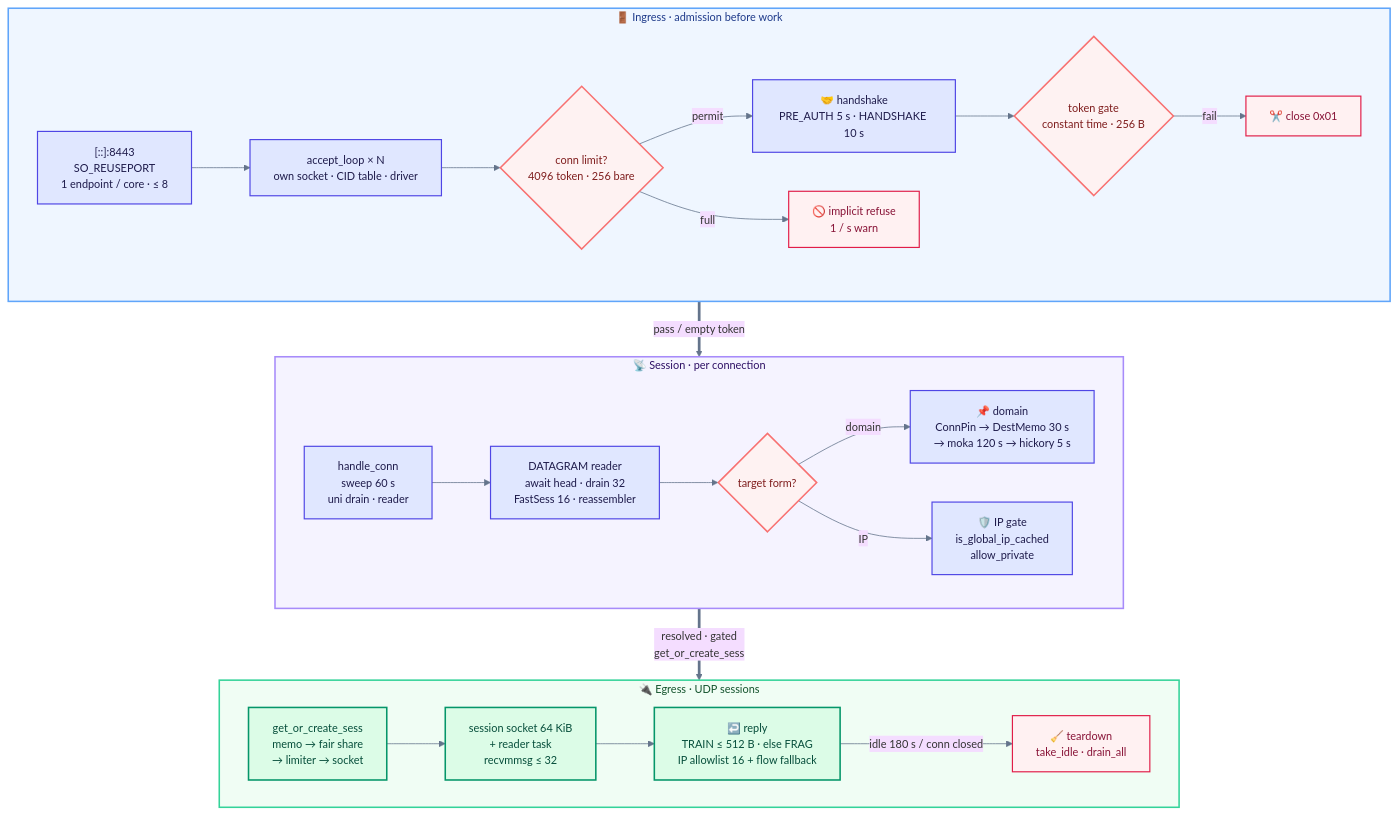
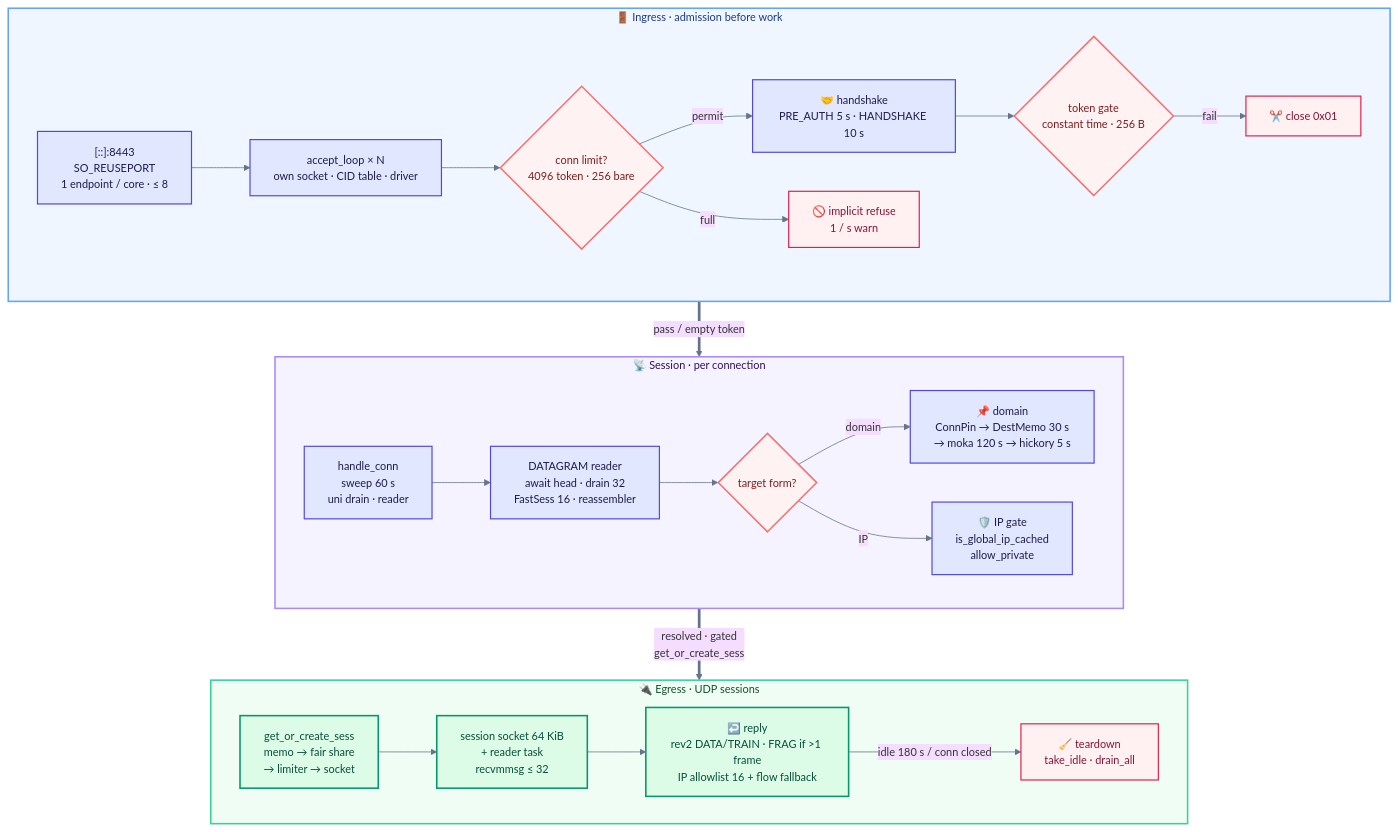
The seventh of 8 diagrams in README.md (Terutoki/MyQUIC2), drawn with Mermaid before and after one commit. The commit also changed other lines of this file and 37 other files, not shown here.

````diff
--- a/README.md
+++ b/README.md
@@ -345,52 +345,52 @@
 ```mermaid
 %%{init: {"theme":"base","themeVariables":{"fontSize":"14px","lineColor":"#64748b"}}}%%
 flowchart TB
     subgraph G1["🚪  Ingress · admission before work"]
         direction LR
         L["[::]:8443<br/>SO_REUSEPORT<br/>1 endpoint / core · ≤ 8"]
         A["accept_loop × N<br/>own socket · CID table · driver"]
         G{"conn limit?<br/>4096 token · 256 bare"}
         H["🤝 handshake<br/>PRE_AUTH 5 s · HANDSHAKE 10 s"]
         T{"token gate<br/>constant time · 256 B"}
         RF["🚫 implicit refuse<br/>1 / s warn"]
         C1["✂️ close 0x01"]
         L --> A --> G
         G -->|"permit"| H
         G -->|"full"| RF
         H --> T
         T -->|"fail"| C1
     end
     subgraph G2["📡  Session · per connection"]
         direction LR
         HC["handle_conn<br/>sweep 60 s<br/>uni drain · reader"]
         R["DATAGRAM reader<br/>await head · drain 32<br/>FastSess 16 · reassembler"]
         F{"target form?"}
         DN["📌 domain<br/>ConnPin → DestMemo 30 s<br/>→ moka 120 s → hickory 5 s"]
         SS["🛡️ IP gate<br/>is_global_ip_cached<br/>allow_private"]
         HC --> R --> F
         F -->|"domain"| DN
         F -->|"IP"| SS
     end
     subgraph G3["🔌  Egress · UDP sessions"]
         direction LR
         GS["get_or_create_sess<br/>memo → fair share<br/>→ limiter → socket"]
         SO["session socket 64 KiB<br/>+ reader task<br/>recvmmsg ≤ 32"]
-        RP["↩️ reply<br/>TRAIN ≤ 512 B · else FRAG<br/>IP allowlist 16 + flow fallback"]
+        RP["↩️ reply<br/>rev2 DATA/TRAIN · FRAG if >1 frame<br/>IP allowlist 16 + flow fallback"]
         BYE["🧹 teardown<br/>take_idle · drain_all"]
         GS --> SO --> RP
         RP -->|"idle 180 s / conn closed"| BYE
     end
     G1 ==>|"pass / empty token"| G2
     G2 ==>|"resolved · gated<br/>get_or_create_sess"| G3
     style G1 fill:#eff6ff,stroke:#60a5fa,stroke-width:2px,color:#1e3a8a
     style G2 fill:#f5f3ff,stroke:#a78bfa,stroke-width:2px,color:#2e1065
     style G3 fill:#f0fdf4,stroke:#34d399,stroke-width:2px,color:#14532d
     classDef gate fill:#fef2f2,stroke:#f87171,stroke-width:2px,color:#7f1d1d
     classDef good fill:#dcfce7,stroke:#059669,stroke-width:2px,color:#064e3b
     classDef infra fill:#e0e7ff,stroke:#4f46e5,stroke-width:1.5px,color:#1e1b4b
     classDef deny fill:#fff1f2,stroke:#e11d48,stroke-width:1.5px,color:#881337
     class G,T,F gate
     class GS,SO,RP good
     class L,A,H,HC,R,DN,SS infra
     class RF,C1,BYE deny
 ```
````
